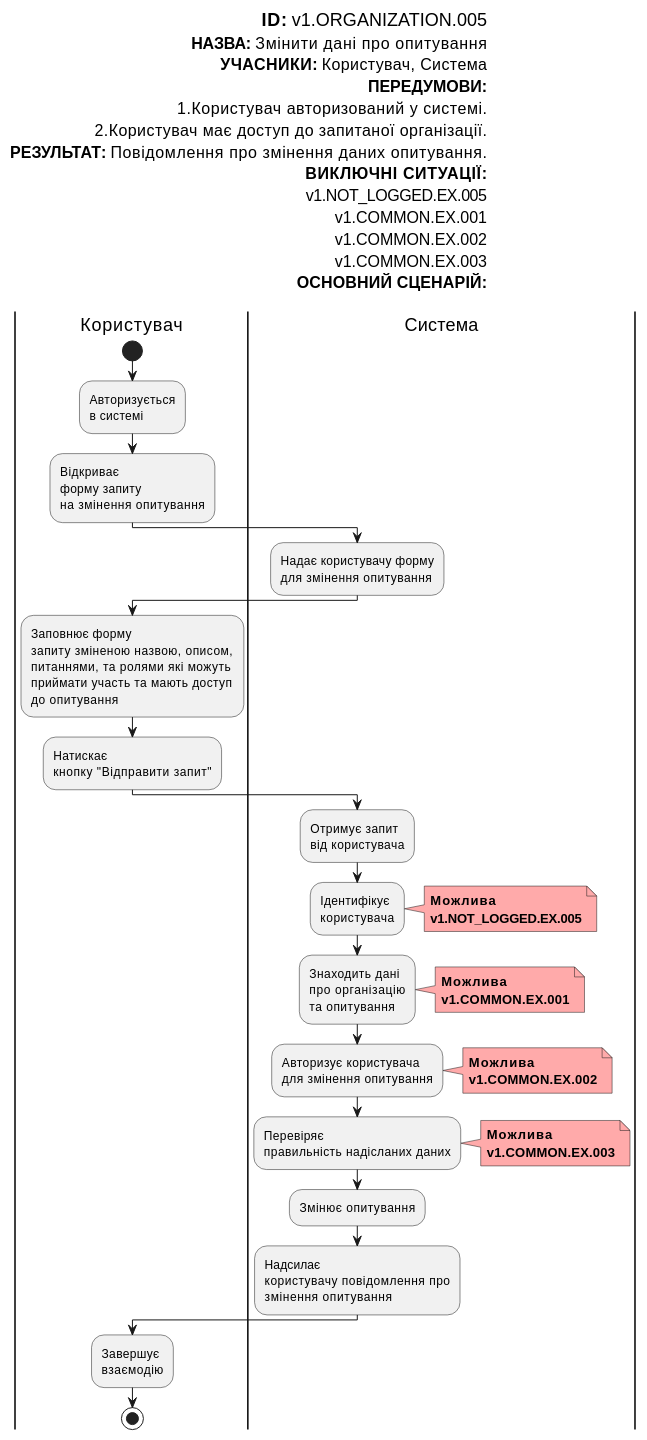
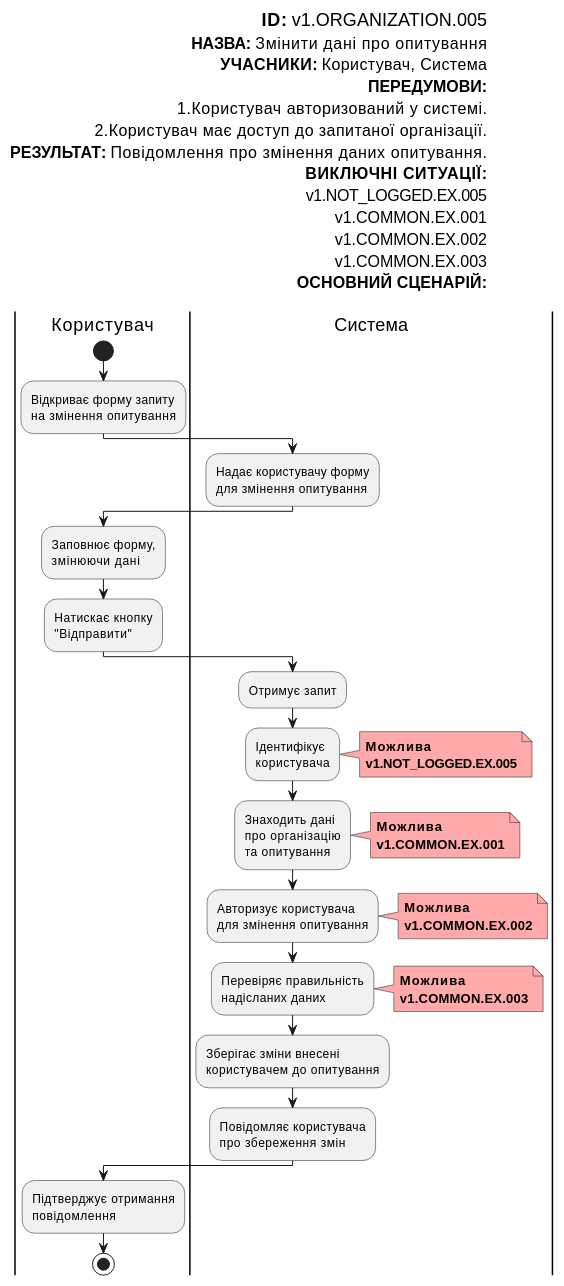
Diagram 14 of 23 in docs/use-cases/README.md (gurug-prog/survey-expert), drawn with PlantUML before and after one commit. The commit also changed other lines of this file and 3 other files, not shown here.

Commit message:
Improve diagrams

```diff
--- a/docs/use-cases/README.md
+++ b/docs/use-cases/README.md
@@ -719,32 +744,28 @@
 
       |Користувач|
           start
-          :Авторизується
-          в системі;
-    
-          :Відкриває
-          форму запиту
+
+          :Відкриває форму запиту
           на змінення опитування;
+
       |Система|
+
           :Надає користувачу форму
           для змінення опитування;
 
       |Користувач|      
-          :Заповнює форму
-          запиту зміненою назвою, описом,
-          питаннями, та ролями які можуть 
-          приймати участь та мають доступ
-          до опитування;
+          :Заповнює форму,
+          змінюючи дані;
     
-          :Натискає
-          кнопку "Відправити запит";
+          :Натискає кнопку
+          "Відправити";
   
       |Система|
-          :Отримує запит
-          від користувача;
+          :Отримує запит;
     
           :Ідентифікує
           користувача;
+
           note right #ffaaaa
           <b>Можлива</b>
           <b>v1.NOT_LOGGED.EX.005</b>
@@ -753,6 +774,7 @@
           :Знаходить дані
           про організацію
           та опитування;
+          
           note right #ffaaaa
           <b>Можлива</b>
           <b>v1.COMMON.EX.001</b>
@@ -760,27 +782,29 @@
     
           :Авторизує користувача
           для змінення опитування;
+          
           note right #ffaaaa
           <b>Можлива</b>
           <b>v1.COMMON.EX.002</b>
           end note
     
-          :Перевіряє
-          правильність надісланих даних;
+          :Перевіряє правильність
+          надісланих даних;
           note right #ffaaaa
           <b>Можлива</b>
           <b>v1.COMMON.EX.003</b>
           end note
     
-          :Змінює опитування;
+          :Зберігає зміни внесені
+          користувачем до опитування;
     
-          :Надсилає
-          користувачу повідомлення про
-          змінення опитування;
+          :Повідомляє користувача
+          про збереження змін;
   
       |Користувач|          
-          :Завершує
-          взаємодію;
+          
+          :Підтверджує отримання
+          повідомлення;
 
           stop;
 
```
